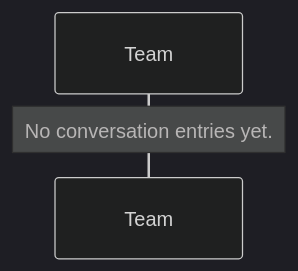
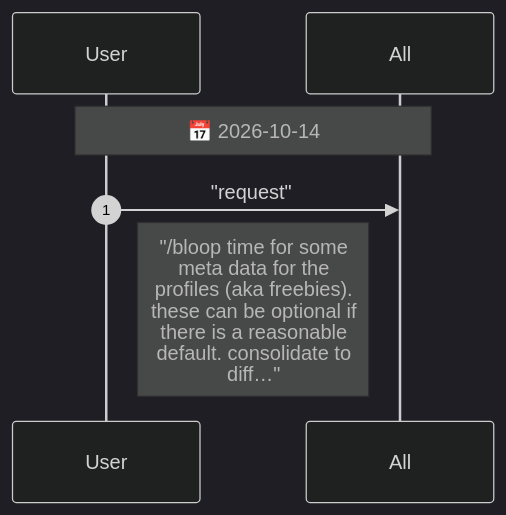
One commit to drusifer/fingerling changed the diagram in agents/CHAT.diagram.md. Above: the diagram before and after it, drawn with Mermaid (dark theme). The commit also changed 15 other files, not shown here.

````diff
--- a/agents/CHAT.diagram.md
+++ b/agents/CHAT.diagram.md
@@ -5,5 +5,10 @@
 ```mermaid
 %%{init: {"sequence": {"messageFontSize": 14, "noteFontSize": 18, "actorFontSize": 14}}}%%
 sequenceDiagram
-    Note over Team: No conversation entries yet.
+    autonumber
+    participant User
+    participant All
+    Note over User,All: 📅 2026-10-14
+    User->>All: "request"
+    Note right of User: "/bloop time for some<br/>meta data for the<br/>profiles (aka freebies).<br/>these can be optional if<br/>there is a reasonable<br/>default. consolidate to<br/>diff…"
 ```
````
